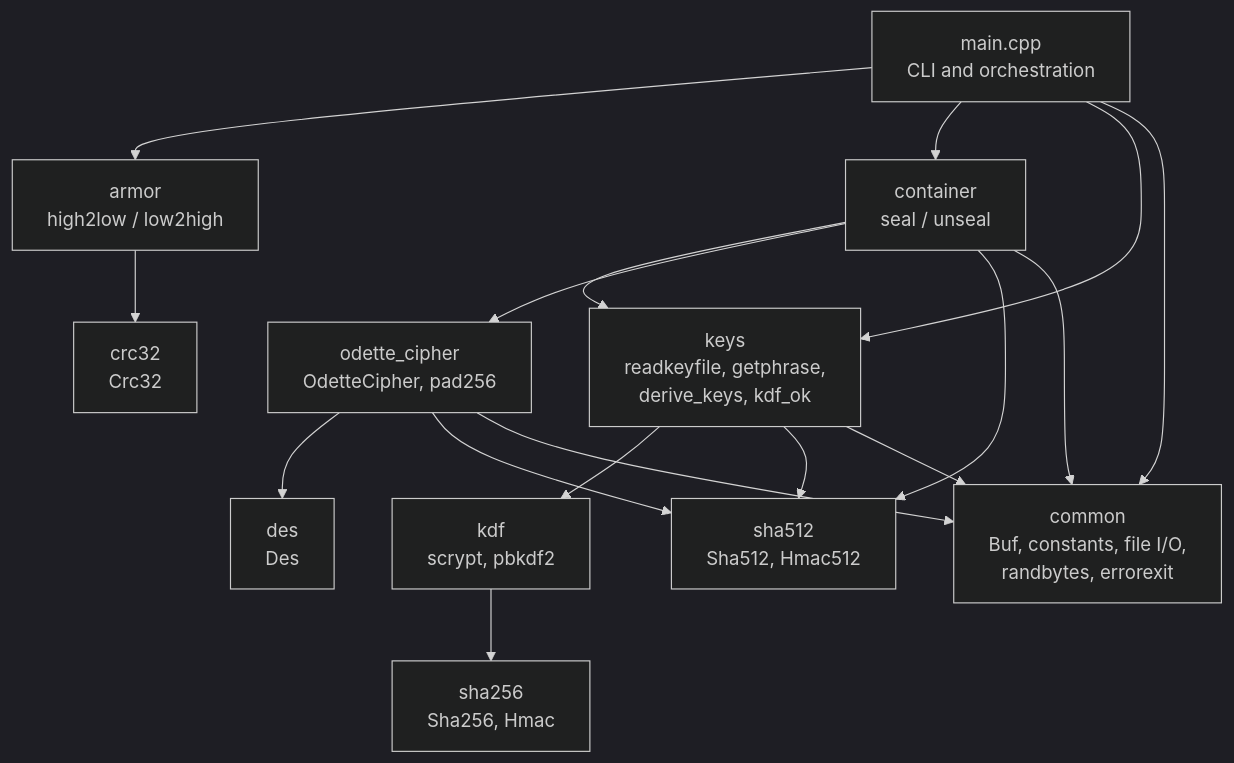
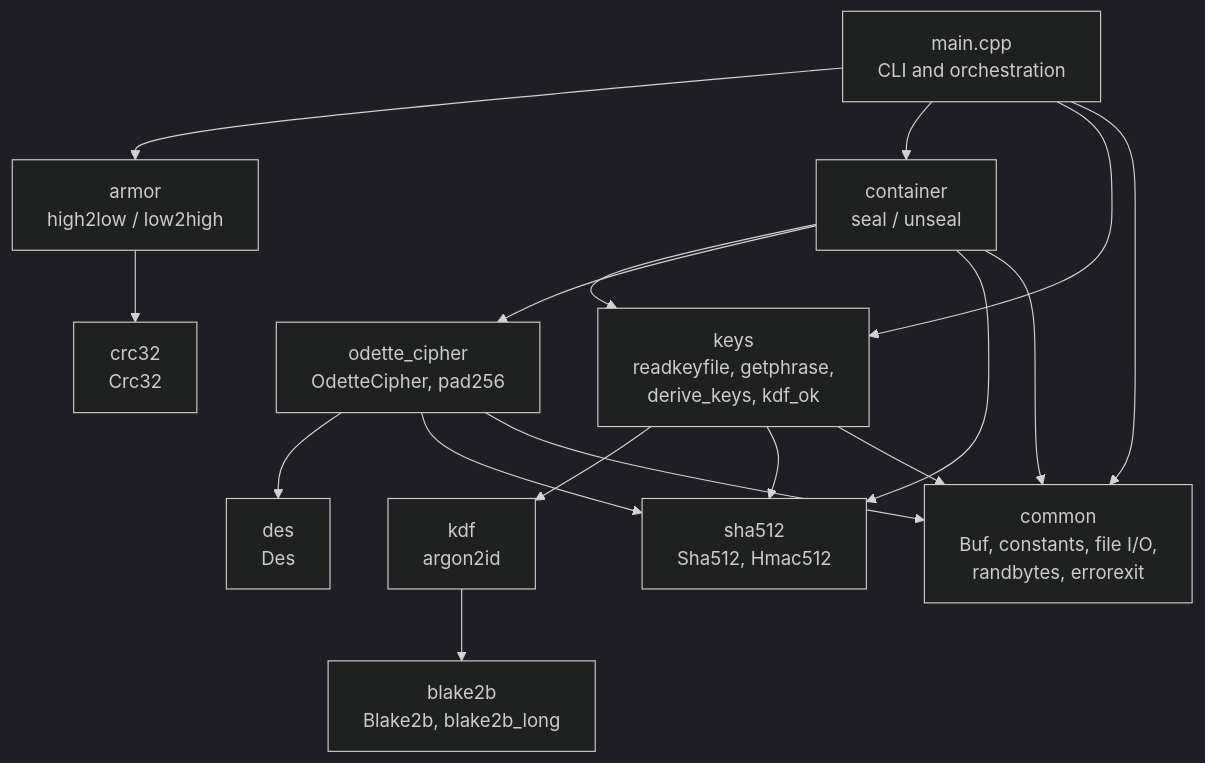
One commit to avw1ein/sillydes changed the first of 10 diagrams in STRUCTURE.md. Above: the diagram before and after it, drawn with Mermaid (dark theme). The commit also changed other lines of this file and 20 other files, not shown here.

````diff
--- a/STRUCTURE.md
+++ b/STRUCTURE.md
@@ -41,31 +41,31 @@
 ```mermaid
 flowchart TD
     main["main.cpp<br/>CLI and orchestration"]
     armor["armor<br/>high2low / low2high"]
     crc["crc32<br/>Crc32"]
     container["container<br/>seal / unseal"]
     keys["keys<br/>readkeyfile, getphrase,<br/>derive_keys, kdf_ok"]
     cipher["odette_cipher<br/>OdetteCipher, pad256"]
     des["des<br/>Des"]
-    kdf["kdf<br/>scrypt, pbkdf2"]
-    sha256["sha256<br/>Sha256, Hmac"]
+    kdf["kdf<br/>argon2id"]
+    blake2b["blake2b<br/>Blake2b, blake2b_long"]
     sha512["sha512<br/>Sha512, Hmac512"]
     common["common<br/>Buf, constants, file I/O,<br/>randbytes, errorexit"]
 
     main --> armor
     main --> container
     main --> keys
     main --> common
     armor --> crc
     container --> keys
     container --> cipher
     container --> sha512
     keys --> kdf
     keys --> sha512
     cipher --> des
     cipher --> sha512
-    kdf --> sha256
+    kdf --> blake2b
     container --> common
     cipher --> common
     keys --> common
 ```
````
